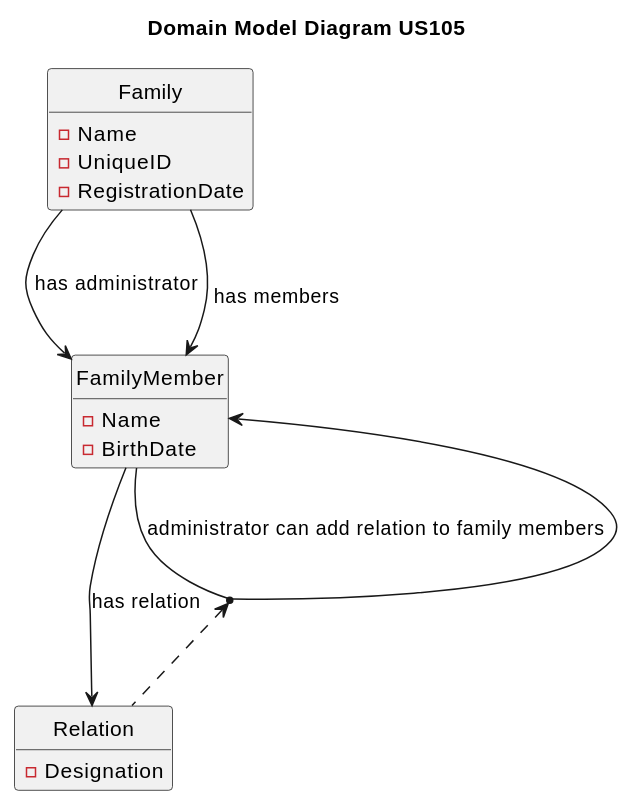
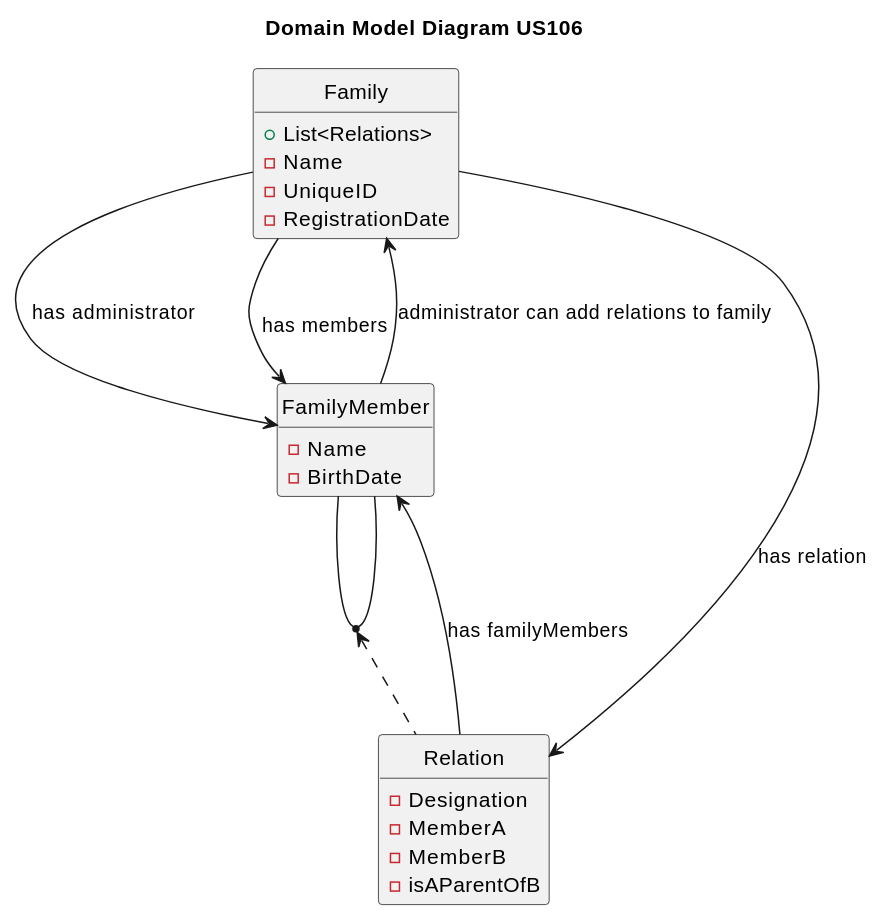
One commit to tomas-osswald/switch_2020_g3 changed the second of 4 diagrams in docs/sprint2/user_stories/US106_ChangeRelation.md. Above: the diagram before and after it, drawn with PlantUML. The commit also changed other lines of this file, not shown here.

````diff
--- a/docs/sprint2/user_stories/US106_ChangeRelation.md
+++ b/docs/sprint2/user_stories/US106_ChangeRelation.md
@@ -69,29 +79,34 @@
 ```puml
 hide empty members
 hide circle
-title Domain Model Diagram US105
+title Domain Model Diagram US106
 
 class Family {
++ List<Relations>
 - Name
 - UniqueID
 - RegistrationDate
 
 }
 
 class FamilyMember {
 - Name
 - BirthDate
 
 }
 
 class Relation {
 - Designation
+-MemberA
+-MemberB
+-isAParentOfB
 
 }
 
 Family -down-> FamilyMember : has administrator
 Family -down-> FamilyMember : \n has members
-FamilyMember -down-> Relation : has relation
-FamilyMember --> FamilyMember : administrator can add relation to family members
+Family -down-> Relation : has relation
+Relation -down-> FamilyMember: has familyMembers
+FamilyMember --> Family : administrator can add relations to family
 (FamilyMember, FamilyMember) <.. Relation 
 ```
````
